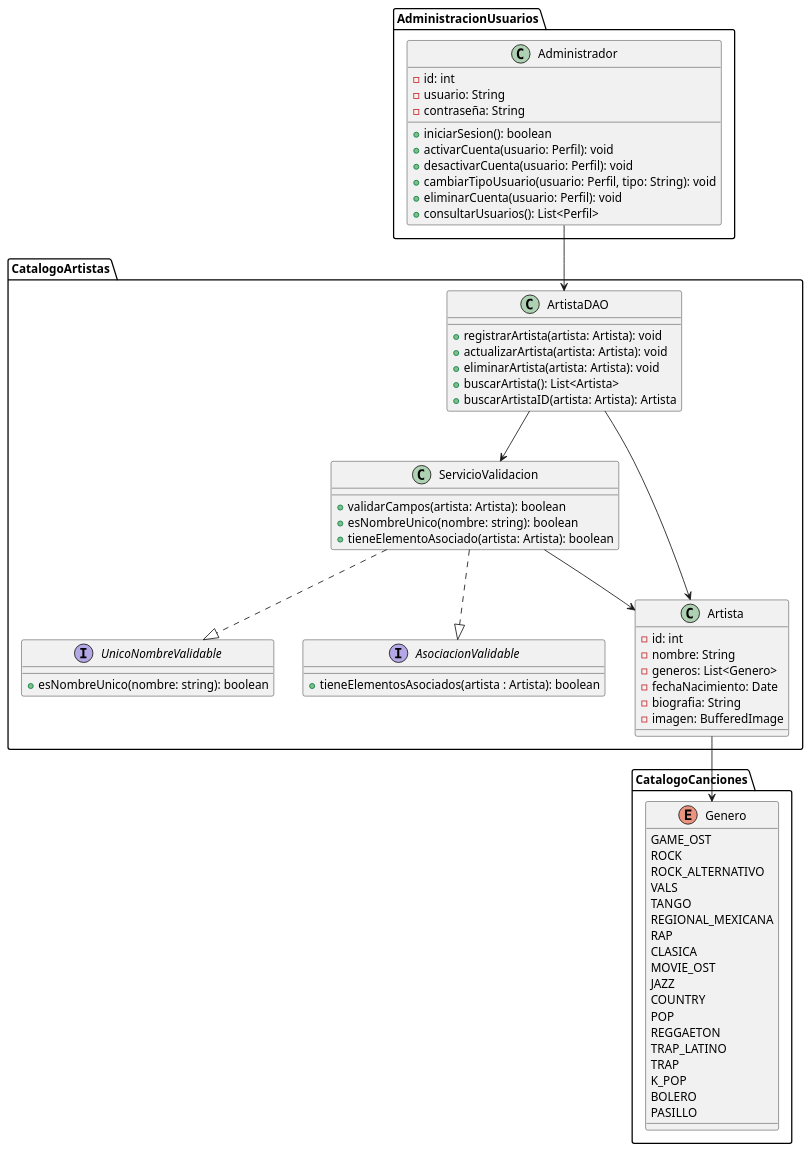
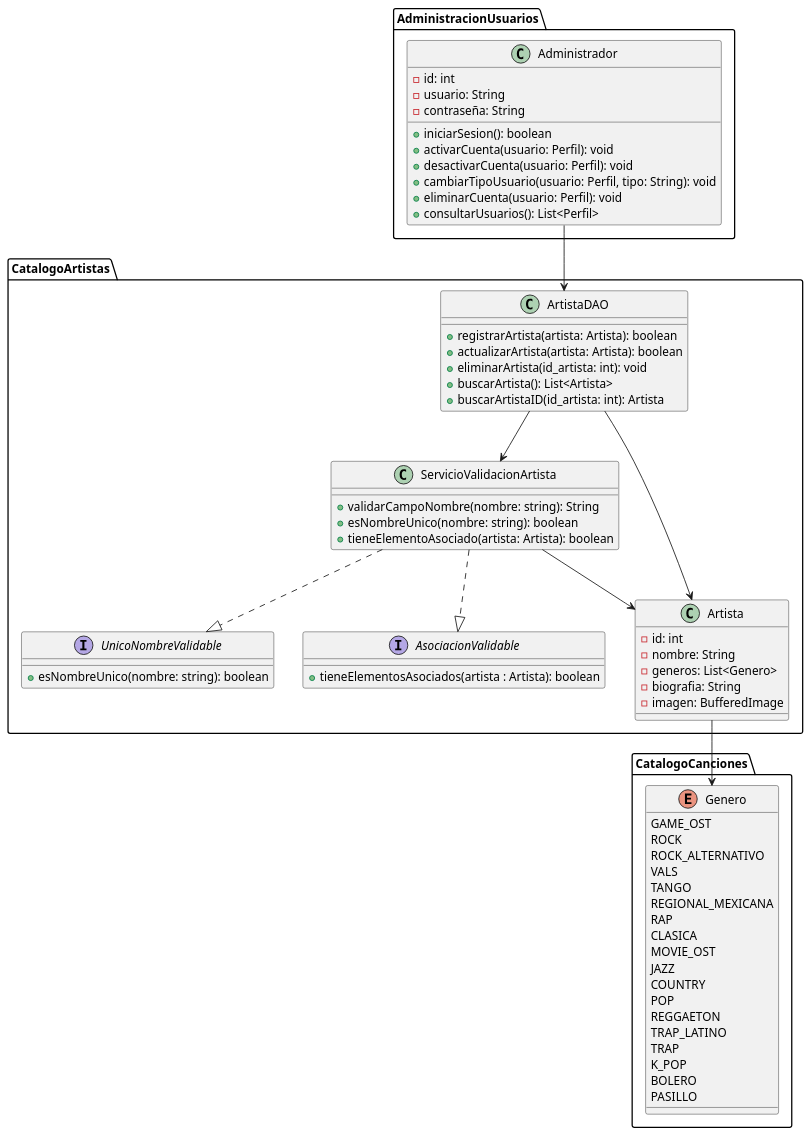
The diagram in src/DiagramasPlantUML/DiagramaCatalogoArtistas.puml (BaphomeT-T/InkHarmony), drawn with PlantUML before and after one commit. The commit also changed 6 other files, not shown here.

Commit message:
Diagrama

```diff
--- a/src/DiagramasPlantUML/DiagramaCatalogoArtistas.puml
+++ b/src/DiagramasPlantUML/DiagramaCatalogoArtistas.puml
@@ -1,79 +1,78 @@
 @startuml
 package AdministracionUsuarios {
     class Administrador {
         - id: int
         - usuario: String
         - contraseña: String
         + iniciarSesion(): boolean
         + activarCuenta(usuario: Perfil): void
         + desactivarCuenta(usuario: Perfil): void
         + cambiarTipoUsuario(usuario: Perfil, tipo: String): void
         + eliminarCuenta(usuario: Perfil): void
         + consultarUsuarios(): List<Perfil>
     }
 }
 package CatalogoCanciones {
 enum Genero {
         GAME_OST
         ROCK
         ROCK_ALTERNATIVO
         VALS
         TANGO
         REGIONAL_MEXICANA
         RAP
         CLASICA
         MOVIE_OST
         JAZZ
         COUNTRY
         POP
         REGGAETON
         TRAP_LATINO
         TRAP
         K_POP
         BOLERO
         PASILLO
 }
 }
 package CatalogoArtistas {
     class ArtistaDAO {
 
-        + registrarArtista(artista: Artista): void
-        + actualizarArtista(artista: Artista): void
-        + eliminarArtista(artista: Artista): void
+        + registrarArtista(artista: Artista): boolean
+        + actualizarArtista(artista: Artista): boolean
+        + eliminarArtista(id_artista: int): void
         + buscarArtista(): List<Artista>
-        + buscarArtistaID(artista: Artista): Artista
+        + buscarArtistaID(id_artista: int): Artista
     }
 
-    class ServicioValidacion {
-        + validarCampos(artista: Artista): boolean
+    class ServicioValidacionArtista {
+        + validarCampoNombre(nombre: string): String
         + esNombreUnico(nombre: string): boolean
         + tieneElementoAsociado(artista: Artista): boolean
     }
 
     class Artista {
         - id: int
         - nombre: String
         - generos: List<Genero>
-        - fechaNacimiento: Date
         - biografia: String
         - imagen: BufferedImage
     }
 
 
     interface UnicoNombreValidable {
         + esNombreUnico(nombre: string): boolean
     }
 
     interface AsociacionValidable {
         + tieneElementosAsociados(artista : Artista): boolean
     }
 }
 
 Administrador --> ArtistaDAO
 ArtistaDAO --> Artista
-ServicioValidacion --> Artista
-ServicioValidacion ..|> UnicoNombreValidable
-ServicioValidacion ..|> AsociacionValidable
-ArtistaDAO --> ServicioValidacion
+ServicioValidacionArtista --> Artista
+ServicioValidacionArtista ..|> UnicoNombreValidable
+ServicioValidacionArtista ..|> AsociacionValidable
+ArtistaDAO --> ServicioValidacionArtista
 Artista --> Genero
 @enduml
```
